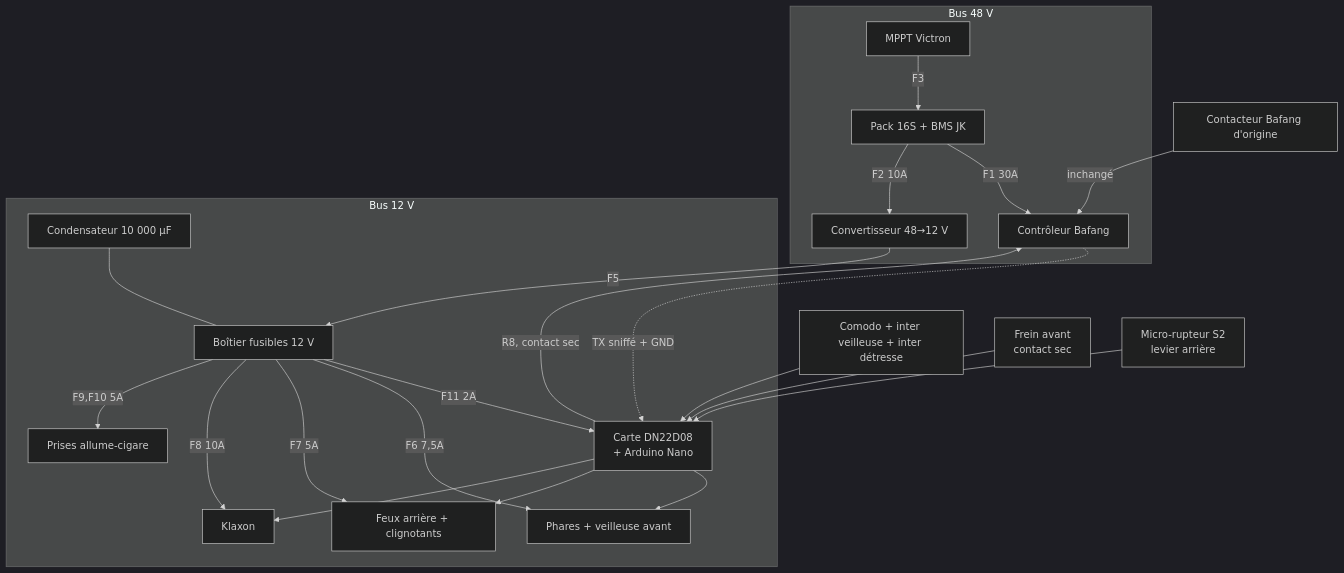
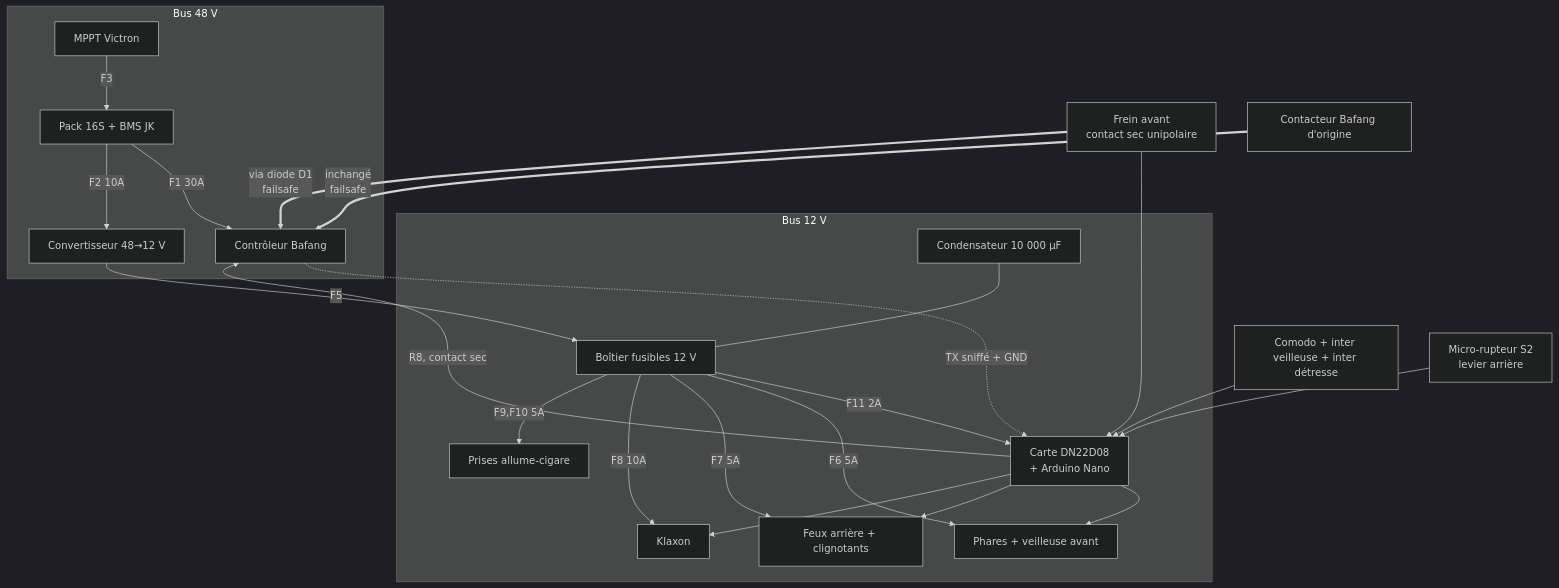
Before and after one commit to darkone-linux/vhelio-arduino: the diagram in hardware/cablage.md, drawn with Mermaid (dark theme). The commit also changed other lines of this file and 10 other files, not shown here.

First line of the commit message:
Diode de découplage sur le frein avant, phares mesurés, entrées NPN confirmées

````diff
--- a/hardware/cablage.md
+++ b/hardware/cablage.md
@@ -8,26 +8,27 @@
 ```mermaid
 flowchart TB
   subgraph HT["Bus 48 V"]
     PACK[Pack 16S + BMS JK] -->|F1 30A| CTRL[Contrôleur Bafang]
     PACK -->|F2 10A| CONV[Convertisseur 48→12 V]
     MPPT[MPPT Victron] -->|F3| PACK
   end
   subgraph BT["Bus 12 V"]
     CONV -->|F5| FB[Boîtier fusibles 12 V]
     FB -->|F11 2A| DN[Carte DN22D08<br/>+ Arduino Nano]
-    FB -->|F6 7,5A| AV[Phares + veilleuse avant]
+    FB -->|F6 5A| AV[Phares + veilleuse avant]
     FB -->|F7 5A| AR[Feux arrière + clignotants]
     FB -->|F8 10A| KL[Klaxon]
     FB -->|F9,F10 5A| AC[Prises allume-cigare]
     CT[Condensateur 10 000 µF] --- FB
   end
   COM[Comodo + inter veilleuse + inter détresse] --> DN
-  FRA[Frein avant<br/>contact sec] --> DN
+  FRA[Frein avant<br/>contact sec unipolaire] --> DN
+  FRA ==>|via diode D1<br/>failsafe| CTRL
   FRR[Micro-rupteur S2<br/>levier arrière] --> DN
-  CTAR[Contacteur Bafang d'origine] -->|inchangé| CTRL
+  CTAR[Contacteur Bafang d'origine] ==>|inchangé<br/>failsafe| CTRL
   DN --> AV
   DN --> AR
   DN --> KL
   DN -->|R8, contact sec| CTRL
   CTRL -.->|TX sniffé + GND| DN
 ```
````
